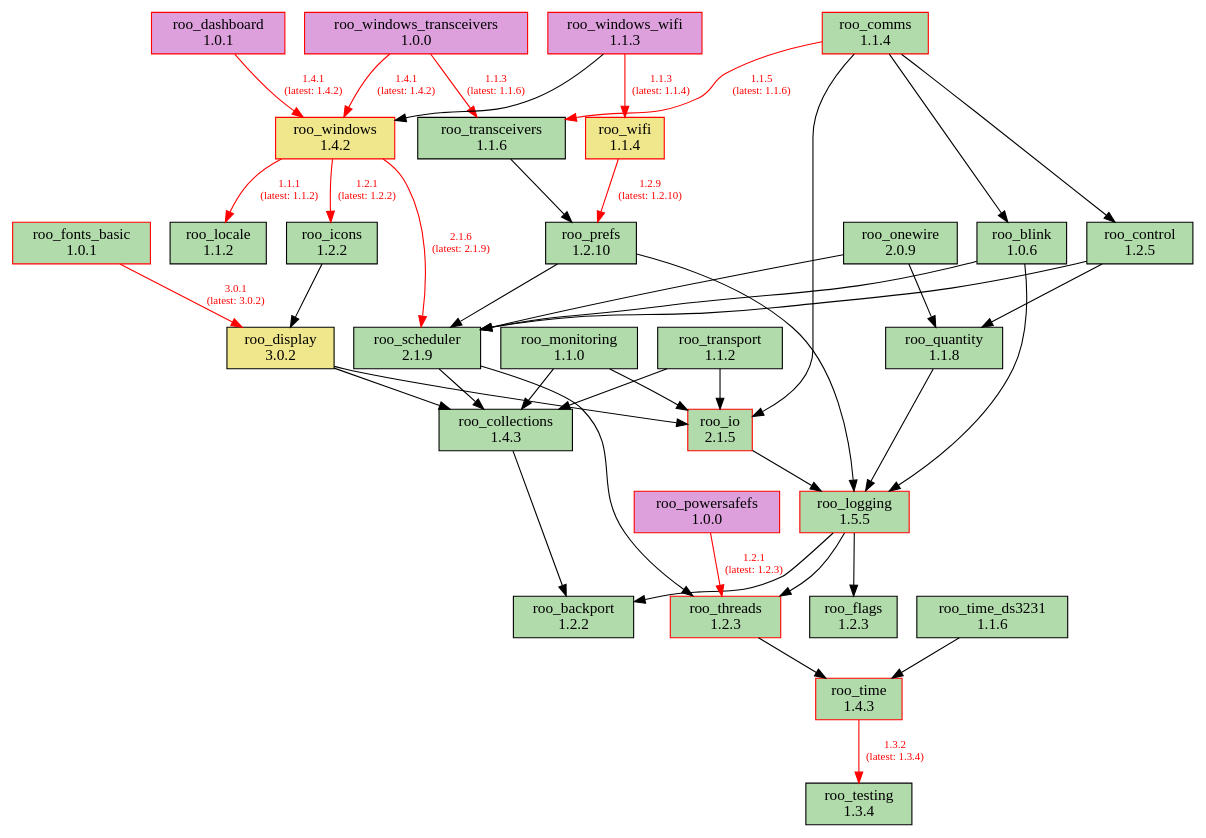
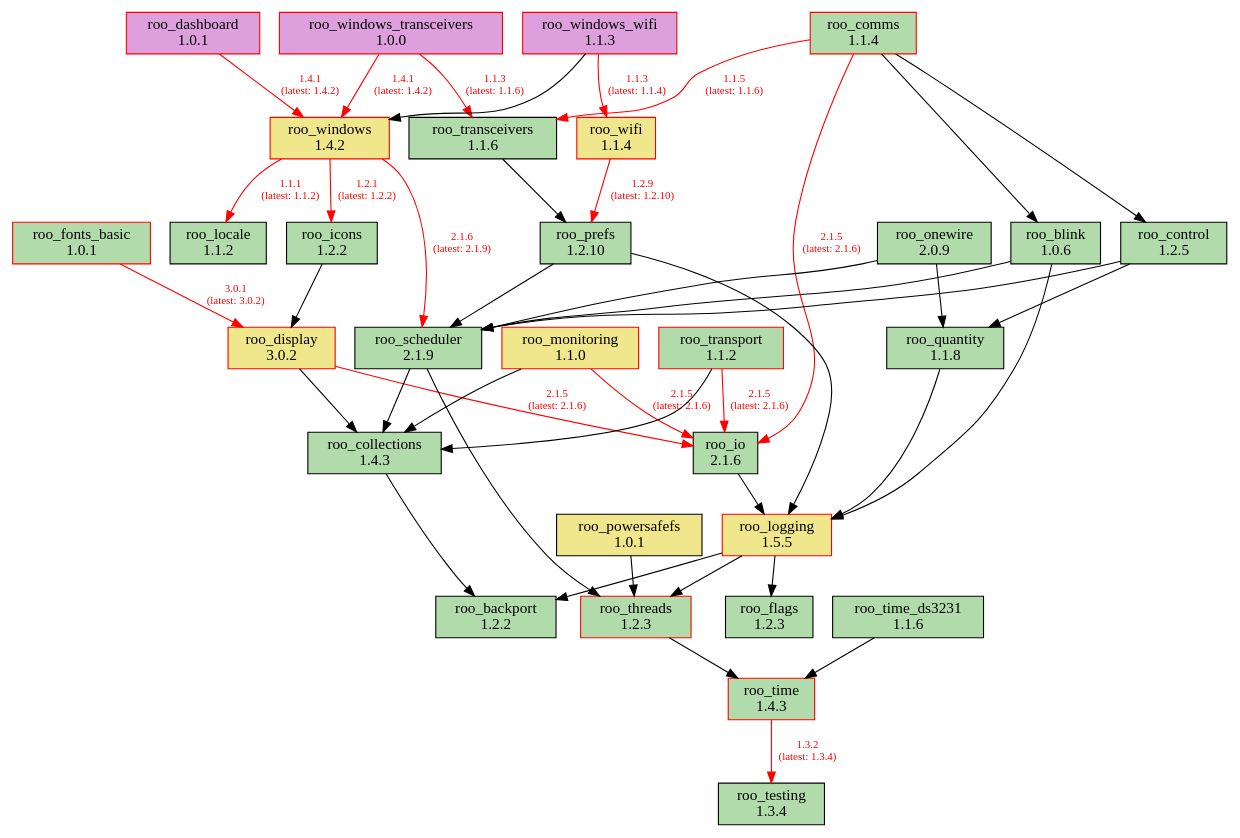
One commit to dejwk/roo-registry changed the diagram in doc/dependencies.dot. Above: the diagram before and after it, drawn with Graphviz. The commit also changed 3 other files, not shown here.

```diff
--- a/doc/dependencies.dot
+++ b/doc/dependencies.dot
@@ -1,80 +1,80 @@
 digraph dependencies {
     rankdir=TB;
     node [shape=box, style=filled];
     edge [fontsize=10];
 
     // Modules
     "roo_backport" [label="roo_backport\n1.2.2", fillcolor="#b1dbab", color="black"];
     "roo_blink" [label="roo_blink\n1.0.6", fillcolor="#b1dbab", color="black"];
     "roo_collections" [label="roo_collections\n1.4.3", fillcolor="#b1dbab", color="black"];
     "roo_comms" [label="roo_comms\n1.1.4", fillcolor="#b1dbab", color="red"];
     "roo_control" [label="roo_control\n1.2.5", fillcolor="#b1dbab", color="black"];
     "roo_dashboard" [label="roo_dashboard\n1.0.1", fillcolor="plum", color="red"];
-    "roo_display" [label="roo_display\n3.0.2", fillcolor="khaki", color="black"];
+    "roo_display" [label="roo_display\n3.0.2", fillcolor="khaki", color="red"];
     "roo_flags" [label="roo_flags\n1.2.3", fillcolor="#b1dbab", color="black"];
     "roo_fonts_basic" [label="roo_fonts_basic\n1.0.1", fillcolor="#b1dbab", color="red"];
     "roo_icons" [label="roo_icons\n1.2.2", fillcolor="#b1dbab", color="black"];
-    "roo_io" [label="roo_io\n2.1.5", fillcolor="#b1dbab", color="red"];
+    "roo_io" [label="roo_io\n2.1.6", fillcolor="#b1dbab", color="black"];
     "roo_locale" [label="roo_locale\n1.1.2", fillcolor="#b1dbab", color="black"];
-    "roo_logging" [label="roo_logging\n1.5.5", fillcolor="#b1dbab", color="red"];
-    "roo_monitoring" [label="roo_monitoring\n1.1.0", fillcolor="#b1dbab", color="black"];
+    "roo_logging" [label="roo_logging\n1.5.5", fillcolor="khaki", color="red"];
+    "roo_monitoring" [label="roo_monitoring\n1.1.0", fillcolor="khaki", color="red"];
     "roo_onewire" [label="roo_onewire\n2.0.9", fillcolor="#b1dbab", color="black"];
-    "roo_powersafefs" [label="roo_powersafefs\n1.0.0", fillcolor="plum", color="red"];
+    "roo_powersafefs" [label="roo_powersafefs\n1.0.1", fillcolor="khaki", color="black"];
     "roo_prefs" [label="roo_prefs\n1.2.10", fillcolor="#b1dbab", color="black"];
     "roo_quantity" [label="roo_quantity\n1.1.8", fillcolor="#b1dbab", color="black"];
     "roo_scheduler" [label="roo_scheduler\n2.1.9", fillcolor="#b1dbab", color="black"];
     "roo_testing" [label="roo_testing\n1.3.4", fillcolor="#b1dbab", color="black"];
     "roo_threads" [label="roo_threads\n1.2.3", fillcolor="#b1dbab", color="red"];
     "roo_time" [label="roo_time\n1.4.3", fillcolor="#b1dbab", color="red"];
     "roo_time_ds3231" [label="roo_time_ds3231\n1.1.6", fillcolor="#b1dbab", color="black"];
     "roo_transceivers" [label="roo_transceivers\n1.1.6", fillcolor="#b1dbab", color="black"];
-    "roo_transport" [label="roo_transport\n1.1.2", fillcolor="#b1dbab", color="black"];
+    "roo_transport" [label="roo_transport\n1.1.2", fillcolor="#b1dbab", color="red"];
     "roo_wifi" [label="roo_wifi\n1.1.4", fillcolor="khaki", color="red"];
     "roo_windows" [label="roo_windows\n1.4.2", fillcolor="khaki", color="red"];
     "roo_windows_transceivers" [label="roo_windows_transceivers\n1.0.0", fillcolor="plum", color="red"];
     "roo_windows_wifi" [label="roo_windows_wifi\n1.1.3", fillcolor="plum", color="red"];
 
     // Dependencies
     "roo_blink" -> "roo_logging";
     "roo_blink" -> "roo_scheduler";
     "roo_collections" -> "roo_backport";
     "roo_comms" -> "roo_blink";
     "roo_comms" -> "roo_control";
-    "roo_comms" -> "roo_io";
+    "roo_comms" -> "roo_io" [color=red, fontcolor=red, label="2.1.5\n(latest: 2.1.6)"];
     "roo_comms" -> "roo_transceivers" [color=red, fontcolor=red, label="1.1.5\n(latest: 1.1.6)"];
     "roo_control" -> "roo_quantity";
     "roo_control" -> "roo_scheduler";
     "roo_dashboard" -> "roo_windows" [color=red, fontcolor=red, label="1.4.1\n(latest: 1.4.2)"];
     "roo_display" -> "roo_collections";
-    "roo_display" -> "roo_io";
+    "roo_display" -> "roo_io" [color=red, fontcolor=red, label="2.1.5\n(latest: 2.1.6)"];
     "roo_fonts_basic" -> "roo_display" [color=red, fontcolor=red, label="3.0.1\n(latest: 3.0.2)"];
     "roo_icons" -> "roo_display";
     "roo_io" -> "roo_logging";
     "roo_logging" -> "roo_backport";
     "roo_logging" -> "roo_flags";
     "roo_logging" -> "roo_threads";
     "roo_monitoring" -> "roo_collections";
-    "roo_monitoring" -> "roo_io";
+    "roo_monitoring" -> "roo_io" [color=red, fontcolor=red, label="2.1.5\n(latest: 2.1.6)"];
     "roo_onewire" -> "roo_scheduler";
     "roo_onewire" -> "roo_quantity";
-    "roo_powersafefs" -> "roo_threads" [color=red, fontcolor=red, label="1.2.1\n(latest: 1.2.3)"];
+    "roo_powersafefs" -> "roo_threads";
     "roo_prefs" -> "roo_logging";
     "roo_prefs" -> "roo_scheduler";
     "roo_quantity" -> "roo_logging";
     "roo_scheduler" -> "roo_collections";
     "roo_scheduler" -> "roo_threads";
     "roo_threads" -> "roo_time";
     "roo_time" -> "roo_testing" [color=red, fontcolor=red, label="1.3.2\n(latest: 1.3.4)"];
     "roo_time_ds3231" -> "roo_time";
     "roo_transceivers" -> "roo_prefs";
     "roo_transport" -> "roo_collections";
-    "roo_transport" -> "roo_io";
+    "roo_transport" -> "roo_io" [color=red, fontcolor=red, label="2.1.5\n(latest: 2.1.6)"];
     "roo_wifi" -> "roo_prefs" [color=red, fontcolor=red, label="1.2.9\n(latest: 1.2.10)"];
     "roo_windows" -> "roo_locale" [color=red, fontcolor=red, label="1.1.1\n(latest: 1.1.2)"];
     "roo_windows" -> "roo_icons" [color=red, fontcolor=red, label="1.2.1\n(latest: 1.2.2)"];
     "roo_windows" -> "roo_scheduler" [color=red, fontcolor=red, label="2.1.6\n(latest: 2.1.9)"];
     "roo_windows_transceivers" -> "roo_transceivers" [color=red, fontcolor=red, label="1.1.3\n(latest: 1.1.6)"];
     "roo_windows_transceivers" -> "roo_windows" [color=red, fontcolor=red, label="1.4.1\n(latest: 1.4.2)"];
     "roo_windows_wifi" -> "roo_wifi" [color=red, fontcolor=red, label="1.1.3\n(latest: 1.1.4)"];
     "roo_windows_wifi" -> "roo_windows";
 }
```
